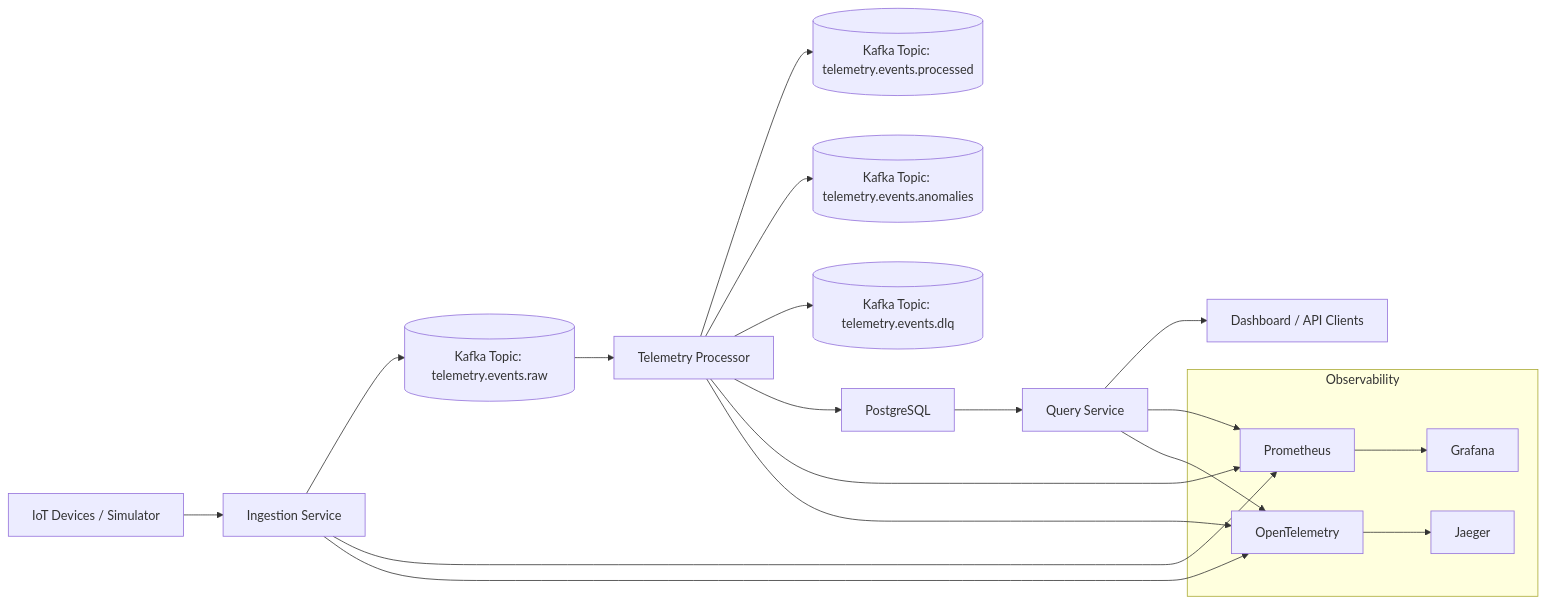
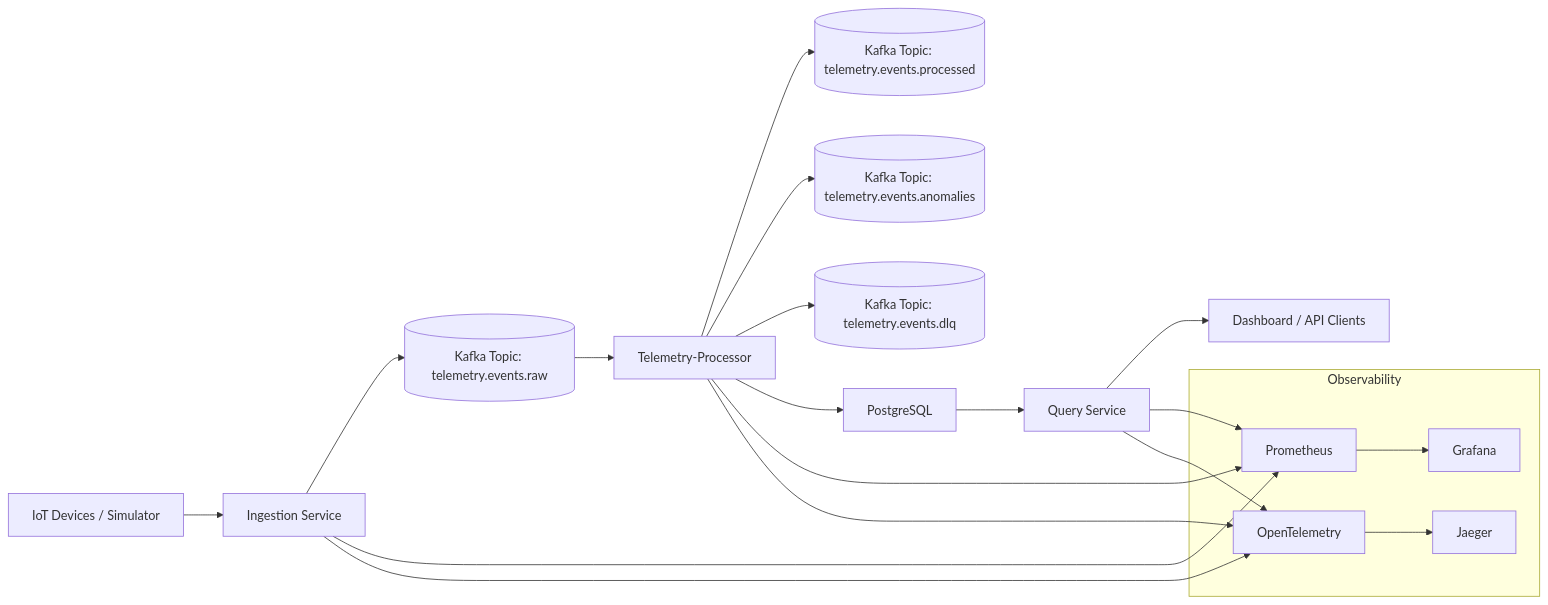
Before and after one commit to ME-Massine/pulsestream: the diagram in docs/diagrams/system-architecture.md, drawn with Mermaid. The commit also changed 19 other files, not shown here.

First line of the commit message:
docs: finalize architecture consistency and align repository entry points (#94)

````diff
--- a/docs/diagrams/system-architecture.md
+++ b/docs/diagrams/system-architecture.md
@@ -5,32 +5,32 @@
 ```mermaid
 flowchart LR
     A[IoT Devices / Simulator] --> B[Ingestion Service]
     B --> T1[(Kafka Topic: telemetry.events.raw)]
 
-    T1 --> C[Telemetry Processor]
-    C --> T2[(Kafka Topic: telemetry.events.processed)]
+    T1 --> C[Telemetry-Processor]
+    C --> T2[(Kafka Topic: telemetry.events.processed )]
     C --> T3[(Kafka Topic: telemetry.events.anomalies)]
     C --> T4[(Kafka Topic: telemetry.events.dlq)]
 
     C --> D[PostgreSQL]
     D --> E[Query Service]
     E --> F[Dashboard / API Clients]
 
     subgraph Observability
         P[Prometheus]
         G[Grafana]
         O[OpenTelemetry]
         J[Jaeger]
     end
 
     B --> P
     C --> P
     E --> P
 
     B --> O
     C --> O
     E --> O
 
     P --> G
     O --> J
 ```
````
